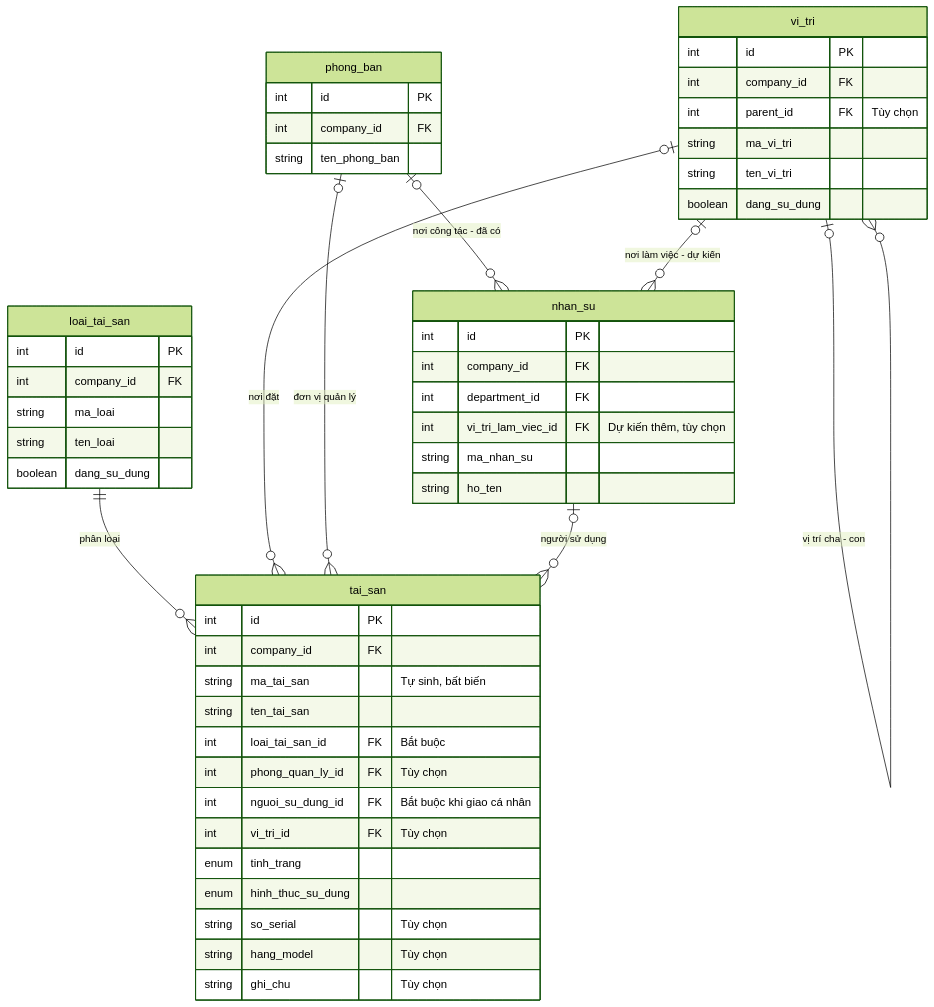
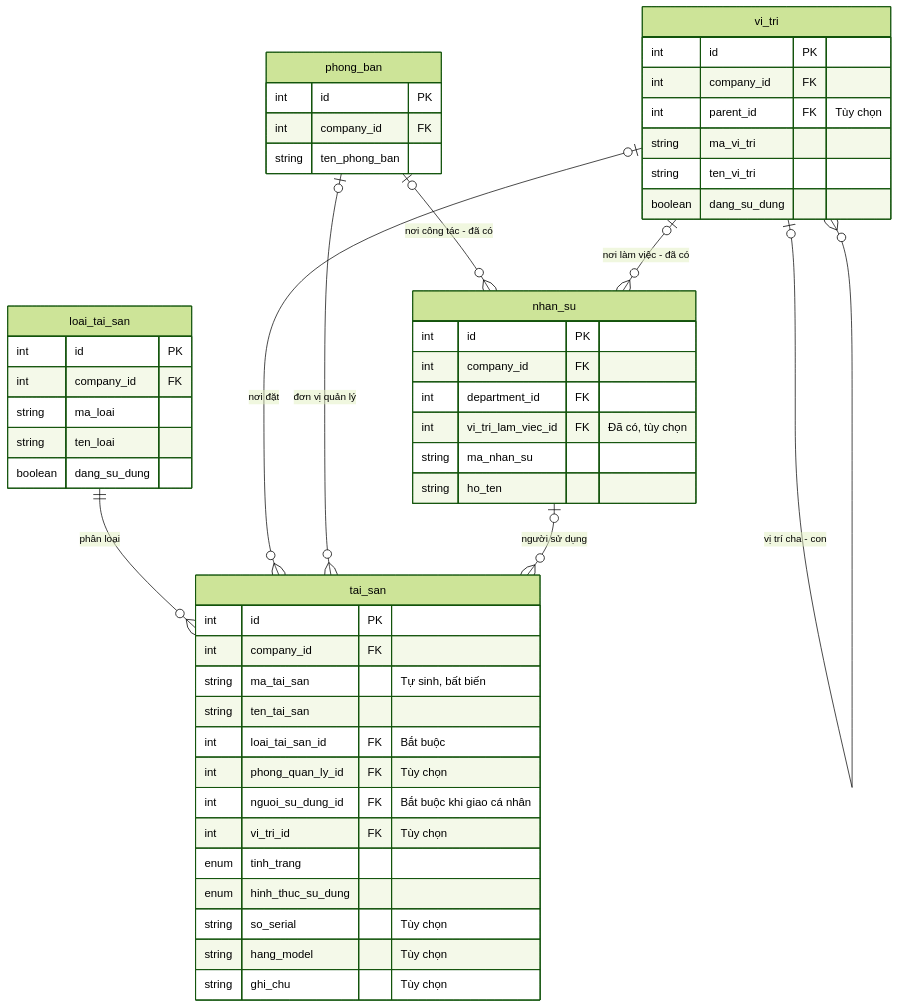
Before and after one commit to IceCrowNT/SGDERP: the first of 2 diagrams in docs/plans/ASSET-MANAGEMENT-CHECKLIST.md, drawn with Mermaid (forest theme). The commit also changed other lines of this file and 73 other files, not shown here.

````diff
--- a/docs/plans/ASSET-MANAGEMENT-CHECKLIST.md
+++ b/docs/plans/ASSET-MANAGEMENT-CHECKLIST.md
@@ -25,55 +46,55 @@
 ```mermaid
 erDiagram
     direction TB
     loai_tai_san ||--o{ tai_san : "phân loại"
     vi_tri o|--o{ tai_san : "nơi đặt"
     vi_tri o|--o{ vi_tri : "vị trí cha - con"
     phong_ban o|--o{ tai_san : "đơn vị quản lý"
     nhan_su o|--o{ tai_san : "người sử dụng"
     phong_ban o|--o{ nhan_su : "nơi công tác - đã có"
-    vi_tri o|--o{ nhan_su : "nơi làm việc - dự kiến"
+    vi_tri o|--o{ nhan_su : "nơi làm việc - đã có"
 
     loai_tai_san {
         int id PK
         int company_id FK
         string ma_loai
         string ten_loai
         boolean dang_su_dung
     }
     vi_tri {
         int id PK
         int company_id FK
         int parent_id FK "Tùy chọn"
         string ma_vi_tri
         string ten_vi_tri
         boolean dang_su_dung
     }
     tai_san {
         int id PK
         int company_id FK
         string ma_tai_san "Tự sinh, bất biến"
         string ten_tai_san
         int loai_tai_san_id FK "Bắt buộc"
         int phong_quan_ly_id FK "Tùy chọn"
         int nguoi_su_dung_id FK "Bắt buộc khi giao cá nhân"
         int vi_tri_id FK "Tùy chọn"
         enum tinh_trang
         enum hinh_thuc_su_dung
         string so_serial "Tùy chọn"
         string hang_model "Tùy chọn"
         string ghi_chu "Tùy chọn"
     }
     phong_ban {
         int id PK
         int company_id FK
         string ten_phong_ban
     }
     nhan_su {
         int id PK
         int company_id FK
         int department_id FK
-        int vi_tri_lam_viec_id FK "Dự kiến thêm, tùy chọn"
+        int vi_tri_lam_viec_id FK "Đã có, tùy chọn"
         string ma_nhan_su
         string ho_ten
     }
 ```
````
